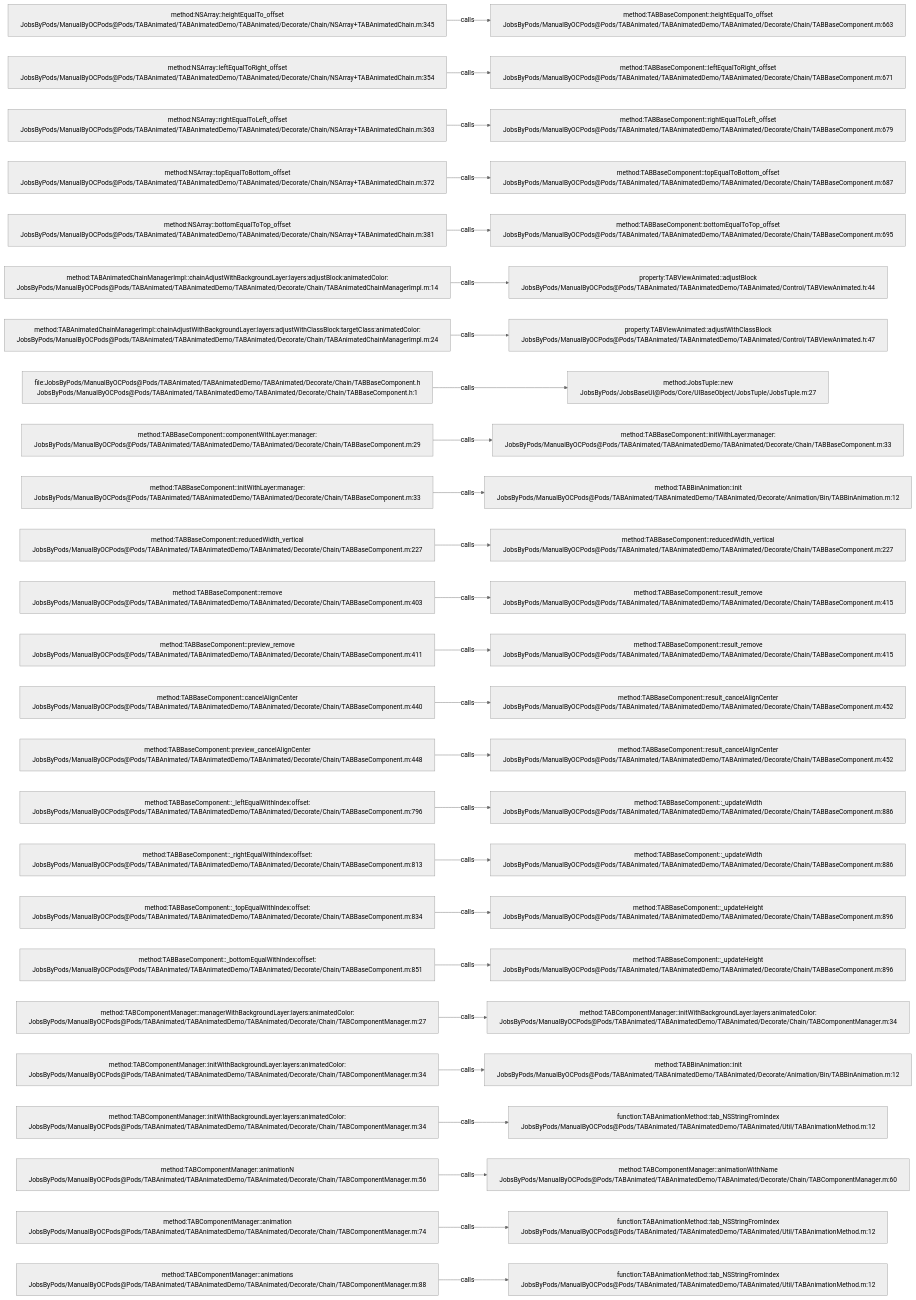
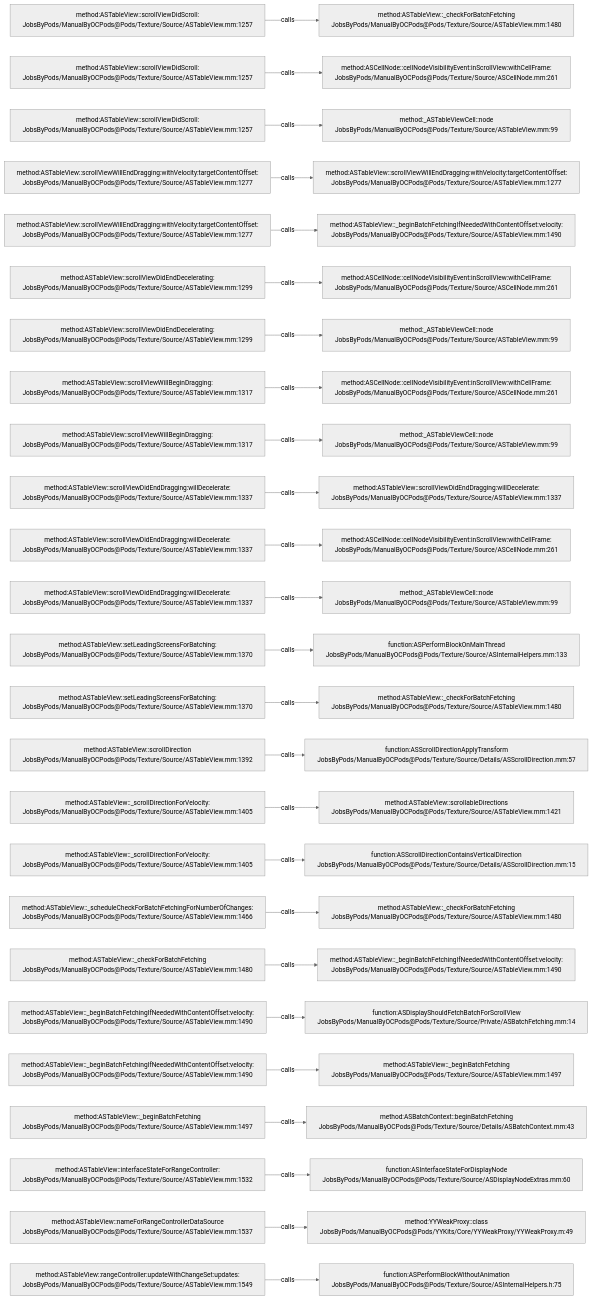
One commit to JobsKits/JobsOCBaseConfigDemo changed the diagram in .codegraph/codegraph.md/graphs/calls-137.md. Above: the diagram before and after it, drawn with Mermaid (neutral theme). The commit also changed 2162 other files, not shown here.

````diff
--- a/.codegraph/codegraph.md/graphs/calls-137.md
+++ b/.codegraph/codegraph.md/graphs/calls-137.md
@@ -13,78 +13,78 @@
 ```mermaid
 flowchart LR
-  S1["method:NSArray::heightEqualTo_offset<br/>JobsByPods/ManualByOCPods@Pods/TABAnimated/TABAnimatedDemo/TABAnimated/Decorate/Chain/NSArray+TABAnimatedChain.m:345"]
-  T1["method:TABBaseComponent::heightEqualTo_offset<br/>JobsByPods/ManualByOCPods@Pods/TABAnimated/TABAnimatedDemo/TABAnimated/Decorate/Chain/TABBaseComponent.m:663"]
+  S1["method:ASTableView::scrollViewDidScroll:<br/>JobsByPods/ManualByOCPods@Pods/Texture/Source/ASTableView.mm:1257"]
+  T1["method:ASTableView::_checkForBatchFetching<br/>JobsByPods/ManualByOCPods@Pods/Texture/Source/ASTableView.mm:1480"]
   S1 -->|calls| T1
-  S2["method:NSArray::leftEqualToRight_offset<br/>JobsByPods/ManualByOCPods@Pods/TABAnimated/TABAnimatedDemo/TABAnimated/Decorate/Chain/NSArray+TABAnimatedChain.m:354"]
-  T2["method:TABBaseComponent::leftEqualToRight_offset<br/>JobsByPods/ManualByOCPods@Pods/TABAnimated/TABAnimatedDemo/TABAnimated/Decorate/Chain/TABBaseComponent.m:671"]
+  S2["method:ASTableView::scrollViewDidScroll:<br/>JobsByPods/ManualByOCPods@Pods/Texture/Source/ASTableView.mm:1257"]
+  T2["method:ASCellNode::cellNodeVisibilityEvent:inScrollView:withCellFrame:<br/>JobsByPods/ManualByOCPods@Pods/Texture/Source/ASCellNode.mm:261"]
   S2 -->|calls| T2
-  S3["method:NSArray::rightEqualToLeft_offset<br/>JobsByPods/ManualByOCPods@Pods/TABAnimated/TABAnimatedDemo/TABAnimated/Decorate/Chain/NSArray+TABAnimatedChain.m:363"]
-  T3["method:TABBaseComponent::rightEqualToLeft_offset<br/>JobsByPods/ManualByOCPods@Pods/TABAnimated/TABAnimatedDemo/TABAnimated/Decorate/Chain/TABBaseComponent.m:679"]
+  S3["method:ASTableView::scrollViewDidScroll:<br/>JobsByPods/ManualByOCPods@Pods/Texture/Source/ASTableView.mm:1257"]
+  T3["method:_ASTableViewCell::node<br/>JobsByPods/ManualByOCPods@Pods/Texture/Source/ASTableView.mm:99"]
   S3 -->|calls| T3
-  S4["method:NSArray::topEqualToBottom_offset<br/>JobsByPods/ManualByOCPods@Pods/TABAnimated/TABAnimatedDemo/TABAnimated/Decorate/Chain/NSArray+TABAnimatedChain.m:372"]
-  T4["method:TABBaseComponent::topEqualToBottom_offset<br/>JobsByPods/ManualByOCPods@Pods/TABAnimated/TABAnimatedDemo/TABAnimated/Decorate/Chain/TABBaseComponent.m:687"]
+  S4["method:ASTableView::scrollViewWillEndDragging:withVelocity:targetContentOffset:<br/>JobsByPods/ManualByOCPods@Pods/Texture/Source/ASTableView.mm:1277"]
+  T4["method:ASTableView::scrollViewWillEndDragging:withVelocity:targetContentOffset:<br/>JobsByPods/ManualByOCPods@Pods/Texture/Source/ASTableView.mm:1277"]
   S4 -->|calls| T4
-  S5["method:NSArray::bottomEqualToTop_offset<br/>JobsByPods/ManualByOCPods@Pods/TABAnimated/TABAnimatedDemo/TABAnimated/Decorate/Chain/NSArray+TABAnimatedChain.m:381"]
-  T5["method:TABBaseComponent::bottomEqualToTop_offset<br/>JobsByPods/ManualByOCPods@Pods/TABAnimated/TABAnimatedDemo/TABAnimated/Decorate/Chain/TABBaseComponent.m:695"]
+  S5["method:ASTableView::scrollViewWillEndDragging:withVelocity:targetContentOffset:<br/>JobsByPods/ManualByOCPods@Pods/Texture/Source/ASTableView.mm:1277"]
+  T5["method:ASTableView::_beginBatchFetchingIfNeededWithContentOffset:velocity:<br/>JobsByPods/ManualByOCPods@Pods/Texture/Source/ASTableView.mm:1490"]
   S5 -->|calls| T5
-  S6["method:TABAnimatedChainManagerImpl::chainAdjustWithBackgroundLayer:layers:adjustBlock:animatedColor:<br/>JobsByPods/ManualByOCPods@Pods/TABAnimated/TABAnimatedDemo/TABAnimated/Decorate/Chain/TABAnimatedChainManagerImpl.m:14"]
-  T6["property:TABViewAnimated::adjustBlock<br/>JobsByPods/ManualByOCPods@Pods/TABAnimated/TABAnimatedDemo/TABAnimated/Control/TABViewAnimated.h:44"]
+  S6["method:ASTableView::scrollViewDidEndDecelerating:<br/>JobsByPods/ManualByOCPods@Pods/Texture/Source/ASTableView.mm:1299"]
+  T6["method:ASCellNode::cellNodeVisibilityEvent:inScrollView:withCellFrame:<br/>JobsByPods/ManualByOCPods@Pods/Texture/Source/ASCellNode.mm:261"]
   S6 -->|calls| T6
-  S7["method:TABAnimatedChainManagerImpl::chainAdjustWithBackgroundLayer:layers:adjustWithClassBlock:targetClass:animatedColor:<br/>JobsByPods/ManualByOCPods@Pods/TABAnimated/TABAnimatedDemo/TABAnimated/Decorate/Chain/TABAnimatedChainManagerImpl.m:24"]
-  T7["property:TABViewAnimated::adjustWithClassBlock<br/>JobsByPods/ManualByOCPods@Pods/TABAnimated/TABAnimatedDemo/TABAnimated/Control/TABViewAnimated.h:47"]
+  S7["method:ASTableView::scrollViewDidEndDecelerating:<br/>JobsByPods/ManualByOCPods@Pods/Texture/Source/ASTableView.mm:1299"]
+  T7["method:_ASTableViewCell::node<br/>JobsByPods/ManualByOCPods@Pods/Texture/Source/ASTableView.mm:99"]
   S7 -->|calls| T7
-  S8["file:JobsByPods/ManualByOCPods@Pods/TABAnimated/TABAnimatedDemo/TABAnimated/Decorate/Chain/TABBaseComponent.h<br/>JobsByPods/ManualByOCPods@Pods/TABAnimated/TABAnimatedDemo/TABAnimated/Decorate/Chain/TABBaseComponent.h:1"]
-  T8["method:JobsTuple::new<br/>JobsByPods/JobsBaseUI@Pods/Core/UIBaseObject/JobsTuple/JobsTuple.m:27"]
+  S8["method:ASTableView::scrollViewWillBeginDragging:<br/>JobsByPods/ManualByOCPods@Pods/Texture/Source/ASTableView.mm:1317"]
+  T8["method:ASCellNode::cellNodeVisibilityEvent:inScrollView:withCellFrame:<br/>JobsByPods/ManualByOCPods@Pods/Texture/Source/ASCellNode.mm:261"]
   S8 -->|calls| T8
-  S9["method:TABBaseComponent::componentWithLayer:manager:<br/>JobsByPods/ManualByOCPods@Pods/TABAnimated/TABAnimatedDemo/TABAnimated/Decorate/Chain/TABBaseComponent.m:29"]
-  T9["method:TABBaseComponent::initWithLayer:manager:<br/>JobsByPods/ManualByOCPods@Pods/TABAnimated/TABAnimatedDemo/TABAnimated/Decorate/Chain/TABBaseComponent.m:33"]
+  S9["method:ASTableView::scrollViewWillBeginDragging:<br/>JobsByPods/ManualByOCPods@Pods/Texture/Source/ASTableView.mm:1317"]
+  T9["method:_ASTableViewCell::node<br/>JobsByPods/ManualByOCPods@Pods/Texture/Source/ASTableView.mm:99"]
   S9 -->|calls| T9
-  S10["method:TABBaseComponent::initWithLayer:manager:<br/>JobsByPods/ManualByOCPods@Pods/TABAnimated/TABAnimatedDemo/TABAnimated/Decorate/Chain/TABBaseComponent.m:33"]
-  T10["method:TABBinAnimation::init<br/>JobsByPods/ManualByOCPods@Pods/TABAnimated/TABAnimatedDemo/TABAnimated/Decorate/Animation/Bin/TABBinAnimation.m:12"]
+  S10["method:ASTableView::scrollViewDidEndDragging:willDecelerate:<br/>JobsByPods/ManualByOCPods@Pods/Texture/Source/ASTableView.mm:1337"]
+  T10["method:ASTableView::scrollViewDidEndDragging:willDecelerate:<br/>JobsByPods/ManualByOCPods@Pods/Texture/Source/ASTableView.mm:1337"]
   S10 -->|calls| T10
-  S11["method:TABBaseComponent::reducedWidth_vertical<br/>JobsByPods/ManualByOCPods@Pods/TABAnimated/TABAnimatedDemo/TABAnimated/Decorate/Chain/TABBaseComponent.m:227"]
-  T11["method:TABBaseComponent::reducedWidth_vertical<br/>JobsByPods/ManualByOCPods@Pods/TABAnimated/TABAnimatedDemo/TABAnimated/Decorate/Chain/TABBaseComponent.m:227"]
+  S11["method:ASTableView::scrollViewDidEndDragging:willDecelerate:<br/>JobsByPods/ManualByOCPods@Pods/Texture/Source/ASTableView.mm:1337"]
+  T11["method:ASCellNode::cellNodeVisibilityEvent:inScrollView:withCellFrame:<br/>JobsByPods/ManualByOCPods@Pods/Texture/Source/ASCellNode.mm:261"]
   S11 -->|calls| T11
-  S12["method:TABBaseComponent::remove<br/>JobsByPods/ManualByOCPods@Pods/TABAnimated/TABAnimatedDemo/TABAnimated/Decorate/Chain/TABBaseComponent.m:403"]
-  T12["method:TABBaseComponent::result_remove<br/>JobsByPods/ManualByOCPods@Pods/TABAnimated/TABAnimatedDemo/TABAnimated/Decorate/Chain/TABBaseComponent.m:415"]
+  S12["method:ASTableView::scrollViewDidEndDragging:willDecelerate:<br/>JobsByPods/ManualByOCPods@Pods/Texture/Source/ASTableView.mm:1337"]
+  T12["method:_ASTableViewCell::node<br/>JobsByPods/ManualByOCPods@Pods/Texture/Source/ASTableView.mm:99"]
   S12 -->|calls| T12
-  S13["method:TABBaseComponent::preview_remove<br/>JobsByPods/ManualByOCPods@Pods/TABAnimated/TABAnimatedDemo/TABAnimated/Decorate/Chain/TABBaseComponent.m:411"]
-  T13["method:TABBaseComponent::result_remove<br/>JobsByPods/ManualByOCPods@Pods/TABAnimated/TABAnimatedDemo/TABAnimated/Decorate/Chain/TABBaseComponent.m:415"]
+  S13["method:ASTableView::setLeadingScreensForBatching:<br/>JobsByPods/ManualByOCPods@Pods/Texture/Source/ASTableView.mm:1370"]
+  T13["function:ASPerformBlockOnMainThread<br/>JobsByPods/ManualByOCPods@Pods/Texture/Source/ASInternalHelpers.mm:133"]
   S13 -->|calls| T13
-  S14["method:TABBaseComponent::cancelAlignCenter<br/>JobsByPods/ManualByOCPods@Pods/TABAnimated/TABAnimatedDemo/TABAnimated/Decorate/Chain/TABBaseComponent.m:440"]
-  T14["method:TABBaseComponent::result_cancelAlignCenter<br/>JobsByPods/ManualByOCPods@Pods/TABAnimated/TABAnimatedDemo/TABAnimated/Decorate/Chain/TABBaseComponent.m:452"]
+  S14["method:ASTableView::setLeadingScreensForBatching:<br/>JobsByPods/ManualByOCPods@Pods/Texture/Source/ASTableView.mm:1370"]
+  T14["method:ASTableView::_checkForBatchFetching<br/>JobsByPods/ManualByOCPods@Pods/Texture/Source/ASTableView.mm:1480"]
   S14 -->|calls| T14
-  S15["method:TABBaseComponent::preview_cancelAlignCenter<br/>JobsByPods/ManualByOCPods@Pods/TABAnimated/TABAnimatedDemo/TABAnimated/Decorate/Chain/TABBaseComponent.m:448"]
-  T15["method:TABBaseComponent::result_cancelAlignCenter<br/>JobsByPods/ManualByOCPods@Pods/TABAnimated/TABAnimatedDemo/TABAnimated/Decorate/Chain/TABBaseComponent.m:452"]
+  S15["method:ASTableView::scrollDirection<br/>JobsByPods/ManualByOCPods@Pods/Texture/Source/ASTableView.mm:1392"]
+  T15["function:ASScrollDirectionApplyTransform<br/>JobsByPods/ManualByOCPods@Pods/Texture/Source/Details/ASScrollDirection.mm:57"]
   S15 -->|calls| T15
-  S16["method:TABBaseComponent::_leftEqualWithIndex:offset:<br/>JobsByPods/ManualByOCPods@Pods/TABAnimated/TABAnimatedDemo/TABAnimated/Decorate/Chain/TABBaseComponent.m:796"]
-  T16["method:TABBaseComponent::_updateWidth<br/>JobsByPods/ManualByOCPods@Pods/TABAnimated/TABAnimatedDemo/TABAnimated/Decorate/Chain/TABBaseComponent.m:886"]
+  S16["method:ASTableView::_scrollDirectionForVelocity:<br/>JobsByPods/ManualByOCPods@Pods/Texture/Source/ASTableView.mm:1405"]
+  T16["method:ASTableView::scrollableDirections<br/>JobsByPods/ManualByOCPods@Pods/Texture/Source/ASTableView.mm:1421"]
   S16 -->|calls| T16
-  S17["method:TABBaseComponent::_rightEqualWithIndex:offset:<br/>JobsByPods/ManualByOCPods@Pods/TABAnimated/TABAnimatedDemo/TABAnimated/Decorate/Chain/TABBaseComponent.m:813"]
-  T17["method:TABBaseComponent::_updateWidth<br/>JobsByPods/ManualByOCPods@Pods/TABAnimated/TABAnimatedDemo/TABAnimated/Decorate/Chain/TABBaseComponent.m:886"]
+  S17["method:ASTableView::_scrollDirectionForVelocity:<br/>JobsByPods/ManualByOCPods@Pods/Texture/Source/ASTableView.mm:1405"]
+  T17["function:ASScrollDirectionContainsVerticalDirection<br/>JobsByPods/ManualByOCPods@Pods/Texture/Source/Details/ASScrollDirection.mm:15"]
   S17 -->|calls| T17
-  S18["method:TABBaseComponent::_topEqualWithIndex:offset:<br/>JobsByPods/ManualByOCPods@Pods/TABAnimated/TABAnimatedDemo/TABAnimated/Decorate/Chain/TABBaseComponent.m:834"]
-  T18["method:TABBaseComponent::_updateHeight<br/>JobsByPods/ManualByOCPods@Pods/TABAnimated/TABAnimatedDemo/TABAnimated/Decorate/Chain/TABBaseComponent.m:896"]
+  S18["method:ASTableView::_scheduleCheckForBatchFetchingForNumberOfChanges:<br/>JobsByPods/ManualByOCPods@Pods/Texture/Source/ASTableView.mm:1466"]
+  T18["method:ASTableView::_checkForBatchFetching<br/>JobsByPods/ManualByOCPods@Pods/Texture/Source/ASTableView.mm:1480"]
   S18 -->|calls| T18
-  S19["method:TABBaseComponent::_bottomEqualWithIndex:offset:<br/>JobsByPods/ManualByOCPods@Pods/TABAnimated/TABAnimatedDemo/TABAnimated/Decorate/Chain/TABBaseComponent.m:851"]
-  T19["method:TABBaseComponent::_updateHeight<br/>JobsByPods/ManualByOCPods@Pods/TABAnimated/TABAnimatedDemo/TABAnimated/Decorate/Chain/TABBaseComponent.m:896"]
+  S19["method:ASTableView::_checkForBatchFetching<br/>JobsByPods/ManualByOCPods@Pods/Texture/Source/ASTableView.mm:1480"]
+  T19["method:ASTableView::_beginBatchFetchingIfNeededWithContentOffset:velocity:<br/>JobsByPods/ManualByOCPods@Pods/Texture/Source/ASTableView.mm:1490"]
   S19 -->|calls| T19
-  S20["method:TABComponentManager::managerWithBackgroundLayer:layers:animatedColor:<br/>JobsByPods/ManualByOCPods@Pods/TABAnimated/TABAnimatedDemo/TABAnimated/Decorate/Chain/TABComponentManager.m:27"]
-  T20["method:TABComponentManager::initWithBackgroundLayer:layers:animatedColor:<br/>JobsByPods/ManualByOCPods@Pods/TABAnimated/TABAnimatedDemo/TABAnimated/Decorate/Chain/TABComponentManager.m:34"]
+  S20["method:ASTableView::_beginBatchFetchingIfNeededWithContentOffset:velocity:<br/>JobsByPods/ManualByOCPods@Pods/Texture/Source/ASTableView.mm:1490"]
+  T20["function:ASDisplayShouldFetchBatchForScrollView<br/>JobsByPods/ManualByOCPods@Pods/Texture/Source/Private/ASBatchFetching.mm:14"]
   S20 -->|calls| T20
-  S21["method:TABComponentManager::initWithBackgroundLayer:layers:animatedColor:<br/>JobsByPods/ManualByOCPods@Pods/TABAnimated/TABAnimatedDemo/TABAnimated/Decorate/Chain/TABComponentManager.m:34"]
-  T21["method:TABBinAnimation::init<br/>JobsByPods/ManualByOCPods@Pods/TABAnimated/TABAnimatedDemo/TABAnimated/Decorate/Animation/Bin/TABBinAnimation.m:12"]
+  S21["method:ASTableView::_beginBatchFetchingIfNeededWithContentOffset:velocity:<br/>JobsByPods/ManualByOCPods@Pods/Texture/Source/ASTableView.mm:1490"]
+  T21["method:ASTableView::_beginBatchFetching<br/>JobsByPods/ManualByOCPods@Pods/Texture/Source/ASTableView.mm:1497"]
   S21 -->|calls| T21
-  S22["method:TABComponentManager::initWithBackgroundLayer:layers:animatedColor:<br/>JobsByPods/ManualByOCPods@Pods/TABAnimated/TABAnimatedDemo/TABAnimated/Decorate/Chain/TABComponentManager.m:34"]
-  T22["function:TABAnimationMethod::tab_NSStringFromIndex<br/>JobsByPods/ManualByOCPods@Pods/TABAnimated/TABAnimatedDemo/TABAnimated/Util/TABAnimationMethod.m:12"]
+  S22["method:ASTableView::_beginBatchFetching<br/>JobsByPods/ManualByOCPods@Pods/Texture/Source/ASTableView.mm:1497"]
+  T22["method:ASBatchContext::beginBatchFetching<br/>JobsByPods/ManualByOCPods@Pods/Texture/Source/Details/ASBatchContext.mm:43"]
   S22 -->|calls| T22
-  S23["method:TABComponentManager::animationN<br/>JobsByPods/ManualByOCPods@Pods/TABAnimated/TABAnimatedDemo/TABAnimated/Decorate/Chain/TABComponentManager.m:56"]
-  T23["method:TABComponentManager::animationWithName<br/>JobsByPods/ManualByOCPods@Pods/TABAnimated/TABAnimatedDemo/TABAnimated/Decorate/Chain/TABComponentManager.m:60"]
+  S23["method:ASTableView::interfaceStateForRangeController:<br/>JobsByPods/ManualByOCPods@Pods/Texture/Source/ASTableView.mm:1532"]
+  T23["function:ASInterfaceStateForDisplayNode<br/>JobsByPods/ManualByOCPods@Pods/Texture/Source/ASDisplayNodeExtras.mm:60"]
   S23 -->|calls| T23
-  S24["method:TABComponentManager::animation<br/>JobsByPods/ManualByOCPods@Pods/TABAnimated/TABAnimatedDemo/TABAnimated/Decorate/Chain/TABComponentManager.m:74"]
-  T24["function:TABAnimationMethod::tab_NSStringFromIndex<br/>JobsByPods/ManualByOCPods@Pods/TABAnimated/TABAnimatedDemo/TABAnimated/Util/TABAnimationMethod.m:12"]
+  S24["method:ASTableView::nameForRangeControllerDataSource<br/>JobsByPods/ManualByOCPods@Pods/Texture/Source/ASTableView.mm:1537"]
+  T24["method:YYWeakProxy::class<br/>JobsByPods/ManualByOCPods@Pods/YYKits/Core/YYWeakProxy/YYWeakProxy.m:49"]
   S24 -->|calls| T24
-  S25["method:TABComponentManager::animations<br/>JobsByPods/ManualByOCPods@Pods/TABAnimated/TABAnimatedDemo/TABAnimated/Decorate/Chain/TABComponentManager.m:88"]
-  T25["function:TABAnimationMethod::tab_NSStringFromIndex<br/>JobsByPods/ManualByOCPods@Pods/TABAnimated/TABAnimatedDemo/TABAnimated/Util/TABAnimationMethod.m:12"]
+  S25["method:ASTableView::rangeController:updateWithChangeSet:updates:<br/>JobsByPods/ManualByOCPods@Pods/Texture/Source/ASTableView.mm:1549"]
+  T25["function:ASPerformBlockWithoutAnimation<br/>JobsByPods/ManualByOCPods@Pods/Texture/Source/ASInternalHelpers.h:75"]
   S25 -->|calls| T25
 ```
````
